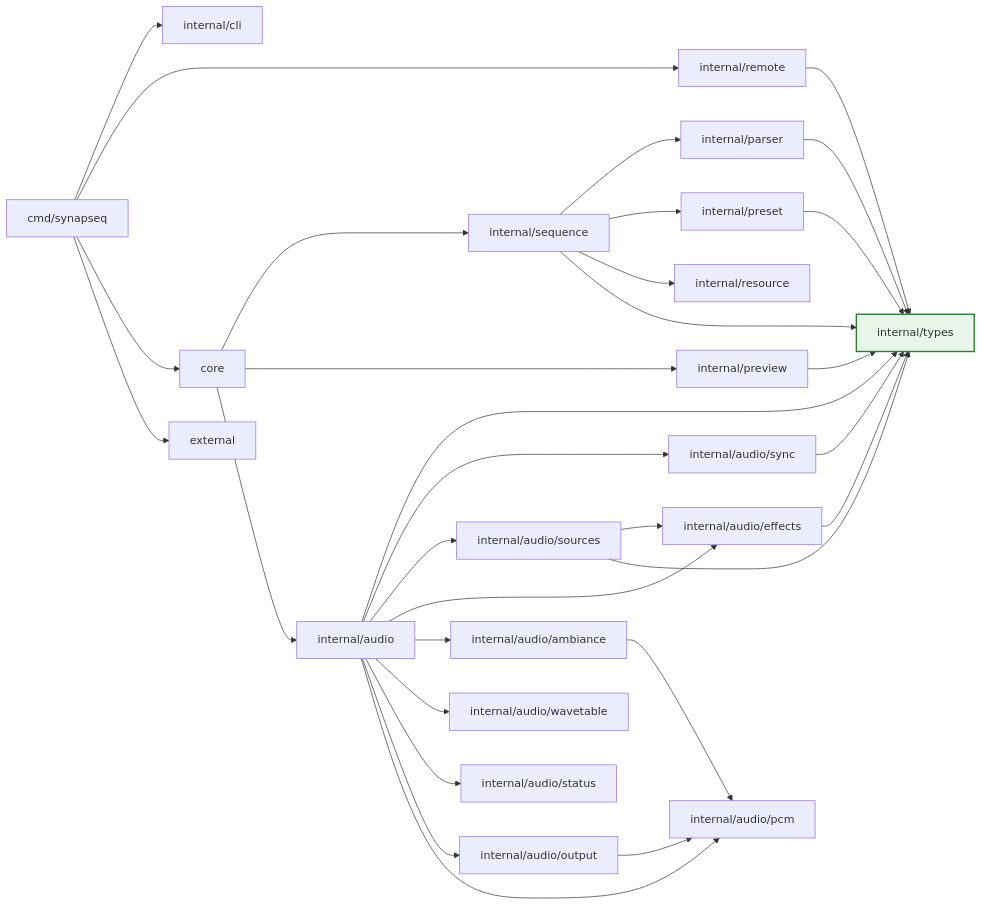
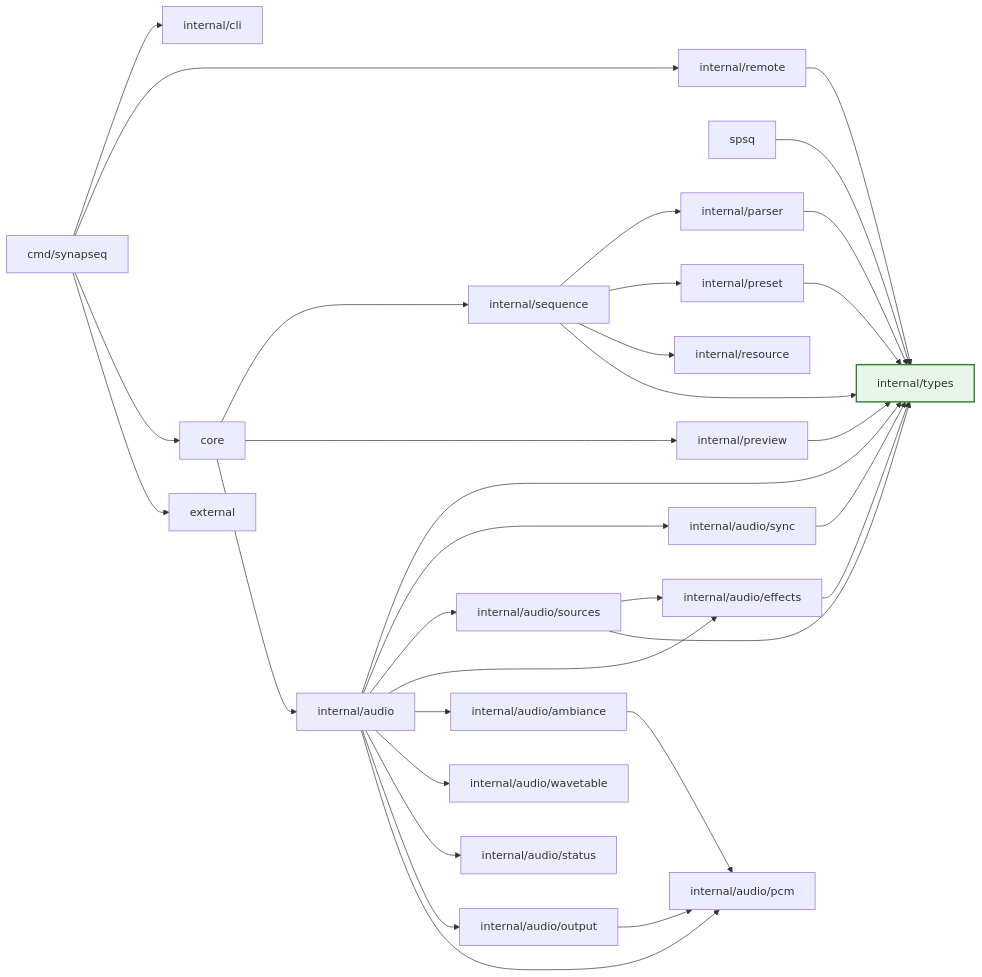
One commit to synapseq-foundation/synapseq changed the second of 5 diagrams in docs/ARCHITECTURE.md. Above: the diagram before and after it, drawn with Mermaid. The commit also changed other lines of this file and 1 other file, not shown here.

````diff
--- a/docs/ARCHITECTURE.md
+++ b/docs/ARCHITECTURE.md
@@ -172,42 +186,43 @@
 ```mermaid
 flowchart LR
 	CMD[cmd/synapseq] --> CLI[internal/cli]
 	CMD --> REMOTE[internal/remote]
 	CMD --> CORE[core]
 	CMD --> EXT[external]
+	SPSQ[spsq] --> TYPES
 
 	CORE --> SEQ[internal/sequence]
 	CORE --> PREVIEW[internal/preview]
 	CORE --> AUDIO[internal/audio]
 
 	SEQ --> PARSER[internal/parser]
 	SEQ --> PRESET[internal/preset]
 	SEQ --> RESOURCE[internal/resource]
 	SEQ --> TYPES[internal/types]
 
 	PARSER --> TYPES
 	PRESET --> TYPES
 	PREVIEW --> TYPES
 	AUDIO --> TYPES
 	REMOTE --> TYPES
 
 	AUDIO --> SYNC[internal/audio/sync]
 	AUDIO --> SOURCES[internal/audio/sources]
 	AUDIO --> EFFECTS[internal/audio/effects]
 	AUDIO --> AMB[internal/audio/ambiance]
 	AUDIO --> WAVETABLE[internal/audio/wavetable]
 	AUDIO --> STATUS[internal/audio/status]
 	AUDIO --> OUTPUT[internal/audio/output]
 	AUDIO --> PCM[internal/audio/pcm]
 
 	OUTPUT --> PCM
 	SOURCES --> EFFECTS
 	SOURCES --> TYPES
 	EFFECTS --> TYPES
 	SYNC --> TYPES
 	AMB --> PCM
 
 	TYPES:::leaf
 
 	classDef leaf fill:#e8f5e9,stroke:#2e7d32,stroke-width:2px;
 ```
````
